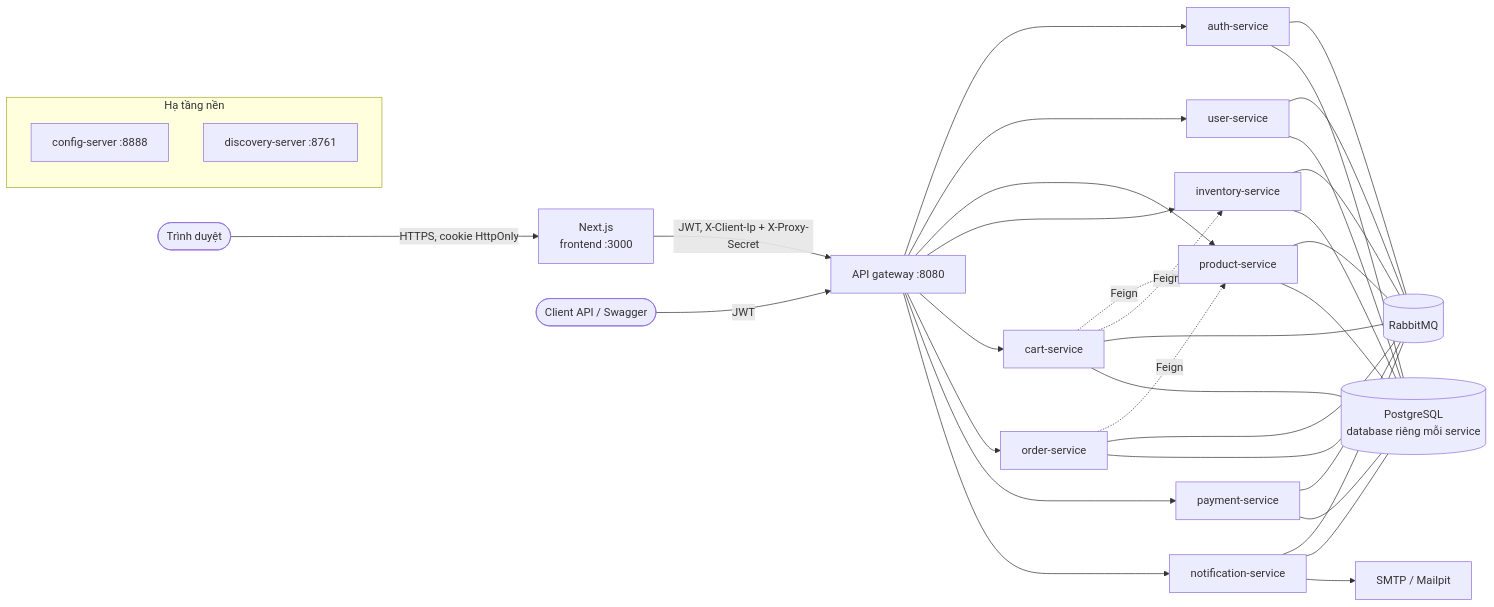
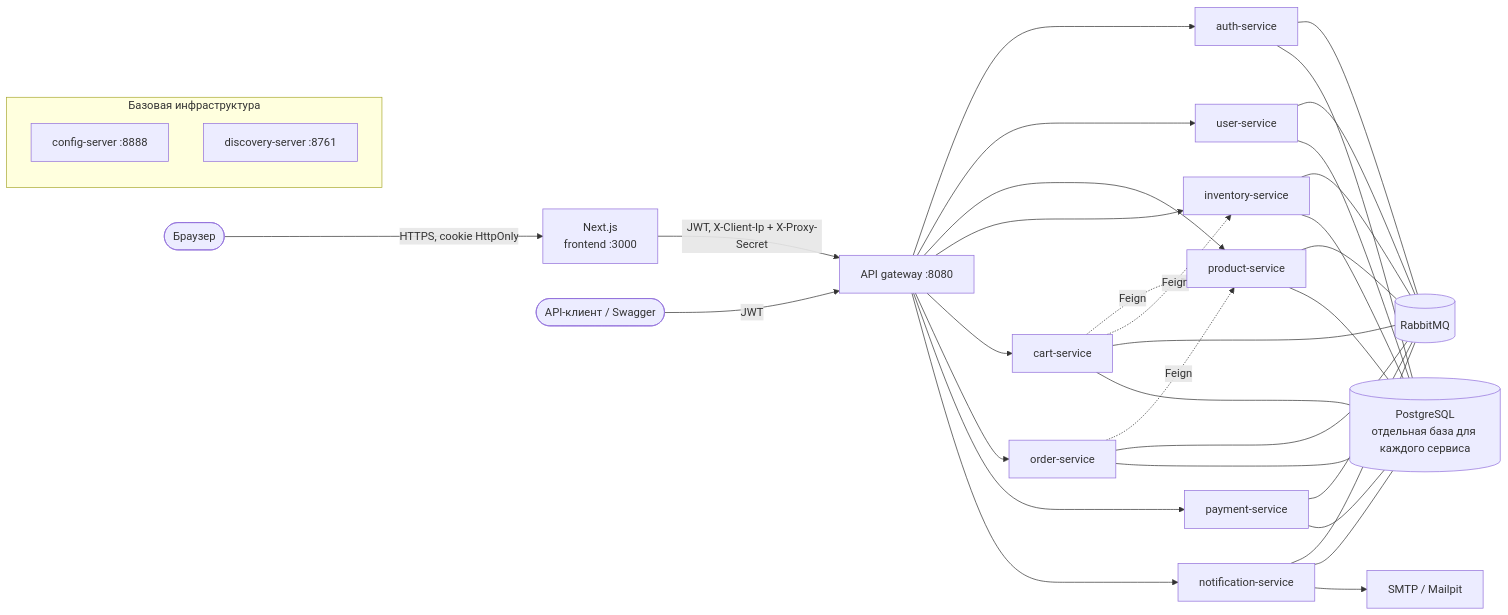
Before and after one commit to GlankS21/web-project: the first of 4 diagrams in ecommerce/docs/architecture.md, drawn with Mermaid. The commit also changed other lines of this file and 259 other files, not shown here.

````diff
--- a/ecommerce/docs/architecture.md
+++ b/ecommerce/docs/architecture.md
@@ -5,28 +5,28 @@
 ```mermaid
 flowchart LR
-    browser([Trình duyệt]) -->|HTTPS, cookie HttpOnly| frontend[Next.js<br/>frontend :3000]
-    client([Client API / Swagger]) -->|JWT| gateway
+    browser([Браузер]) -->|HTTPS, cookie HttpOnly| frontend[Next.js<br/>frontend :3000]
+    client([API-клиент / Swagger]) -->|JWT| gateway
     frontend -->|JWT, X-Client-Ip + X-Proxy-Secret| gateway[API gateway :8080]
 
-    subgraph platform[Hạ tầng nền]
+    subgraph platform[Базовая инфраструктура]
         config[config-server :8888]
         eureka[discovery-server :8761]
     end
 
     gateway --> auth[auth-service]
     gateway --> user[user-service]
     gateway --> product[product-service]
     gateway --> inventory[inventory-service]
     gateway --> cart[cart-service]
     gateway --> order[order-service]
     gateway --> payment[payment-service]
     gateway --> notification[notification-service]
 
     cart -. Feign .-> product
     cart -. Feign .-> inventory
     order -. Feign .-> product
 
     auth & user & product & inventory & cart & order & payment & notification --- mq[(RabbitMQ)]
-    auth & user & product & inventory & cart & order & payment & notification --- pg[(PostgreSQL<br/>database riêng mỗi service)]
+    auth & user & product & inventory & cart & order & payment & notification --- pg[(PostgreSQL<br/>отдельная база для каждого сервиса)]
     notification --> smtp[SMTP / Mailpit]
 ```
````
